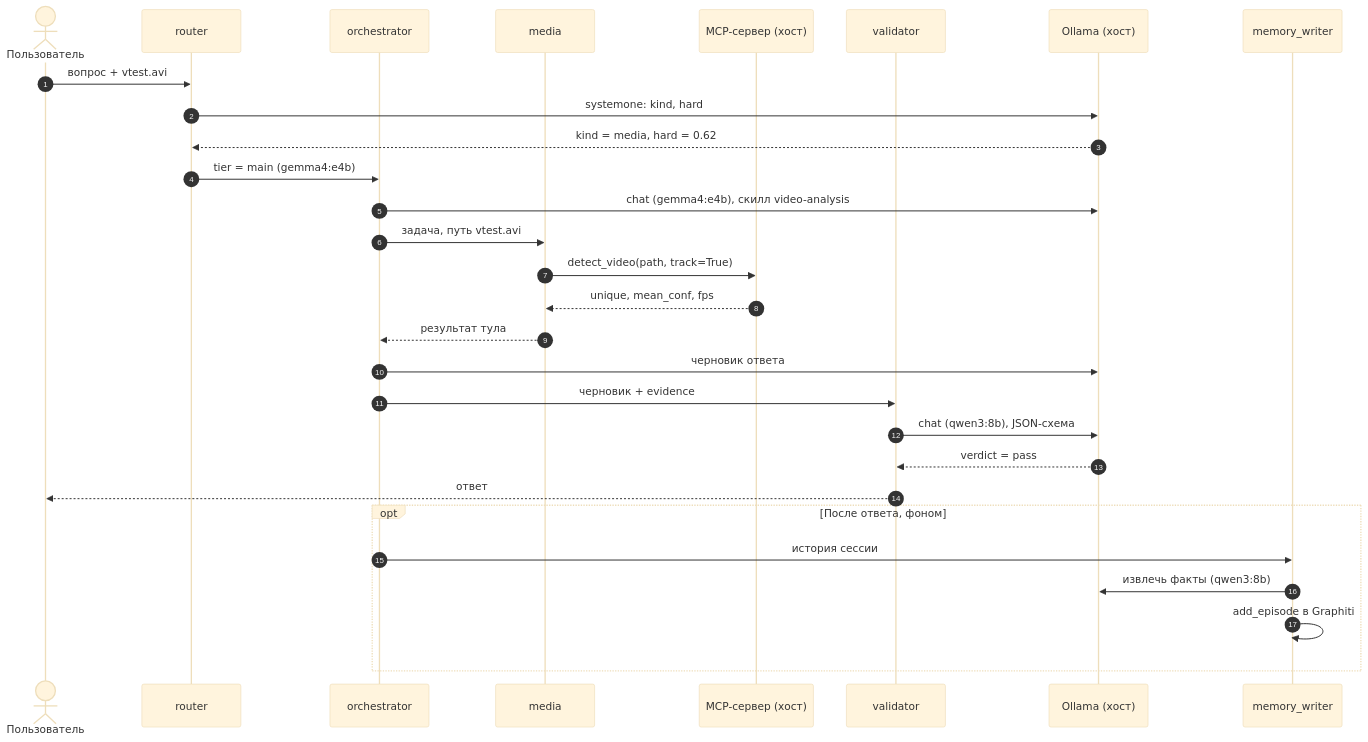
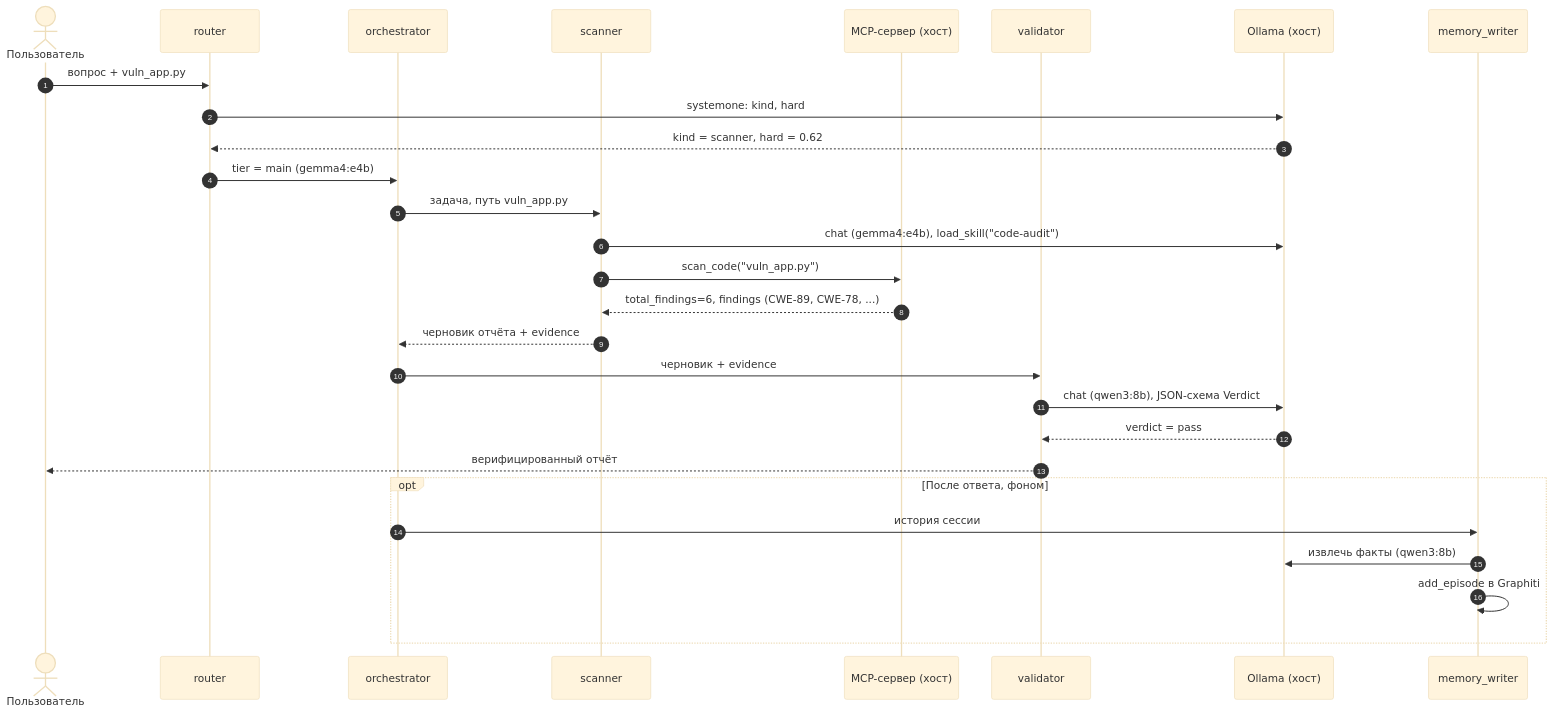
Before and after one commit to Zancrow20/LLMs: the third of 6 diagrams in task3-agent/diagrams/diagrams.md, drawn with Mermaid (base theme). The commit also changed other lines of this file and 57 other files, not shown here.

````diff
--- a/task3-agent/diagrams/diagrams.md
+++ b/task3-agent/diagrams/diagrams.md
@@ -73,32 +75,31 @@
 ```mermaid
 sequenceDiagram
   autonumber
   actor U as Пользователь
   participant R as router
   participant O as orchestrator
-  participant M as media
+  participant S as scanner
   participant MCP as MCP-сервер (хост)
   participant V as validator
   participant L as Ollama (хост)
   participant W as memory_writer
 
-  U->>R: вопрос + vtest.avi
+  U->>R: вопрос + vuln_app.py
   R->>L: systemone: kind, hard
-  L-->>R: kind = media, hard = 0.62
+  L-->>R: kind = scanner, hard = 0.62
   R->>O: tier = main (gemma4:e4b)
-  O->>L: chat (gemma4:e4b), скилл video-analysis
-  O->>M: задача, путь vtest.avi
-  M->>MCP: detect_video(path, track=True)
-  MCP-->>M: unique, mean_conf, fps
-  M-->>O: результат тула
-  O->>L: черновик ответа
+  O->>S: задача, путь vuln_app.py
+  S->>L: chat (gemma4:e4b), load_skill("code-audit")
+  S->>MCP: scan_code("vuln_app.py")
+  MCP-->>S: total_findings=6, findings (CWE-89, CWE-78, ...)
+  S-->>O: черновик отчёта + evidence
   O->>V: черновик + evidence
-  V->>L: chat (qwen3:8b), JSON-схема
+  V->>L: chat (qwen3:8b), JSON-схема Verdict
   L-->>V: verdict = pass
-  V-->>U: ответ
+  V-->>U: верифицированный отчёт
   opt После ответа, фоном
     O->>W: история сессии
     W->>L: извлечь факты (qwen3:8b)
     W->>W: add_episode в Graphiti
   end
 ```
````
